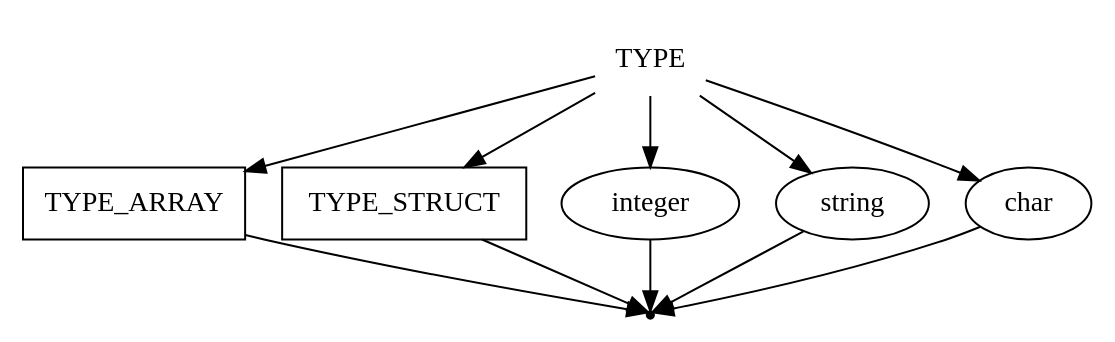
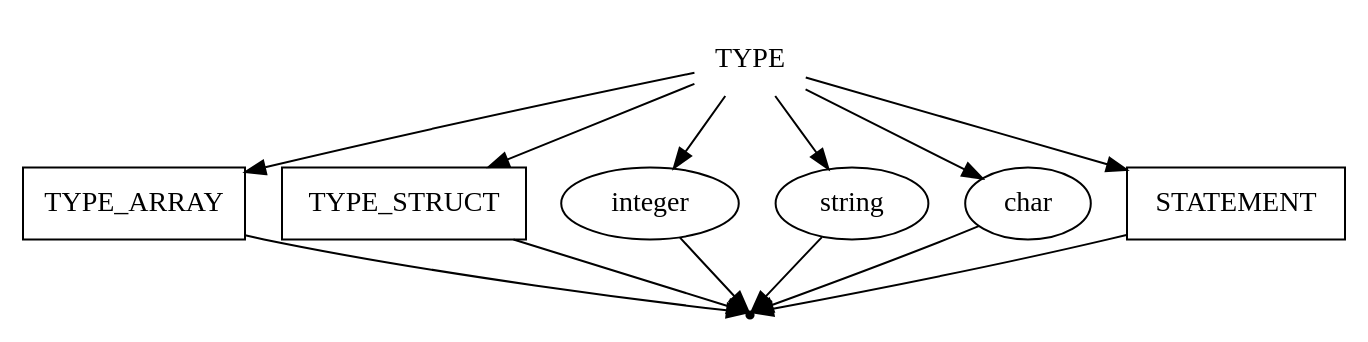
The diagram in src/CodeParser/grammar/type.gv (mshnschnko/ProMa), drawn with Graphviz before and after one commit. The commit also changed 16 other files, not shown here.

```diff
--- a/src/CodeParser/grammar/type.gv
+++ b/src/CodeParser/grammar/type.gv
@@ -1,21 +1,24 @@
 digraph TYPE{
     start [label=TYPE shape=plaintext]
     array [label=TYPE_ARRAY shape=box]
     struct [label=TYPE_STRUCT shape=box]
     int [label=integer shape=oval]
     str [label=string shape=oval]
     char [label=char shape=oval]
+    statement [label=STATEMENT shape=box]
     end [label="" shape=point]
 
     start -> array
     start -> struct
     start -> int
     start -> str
     start -> char
+    start -> statement
 
     array -> end
     struct -> end
     int -> end
     str -> end
     char -> end
+    statement -> end
 }
```
